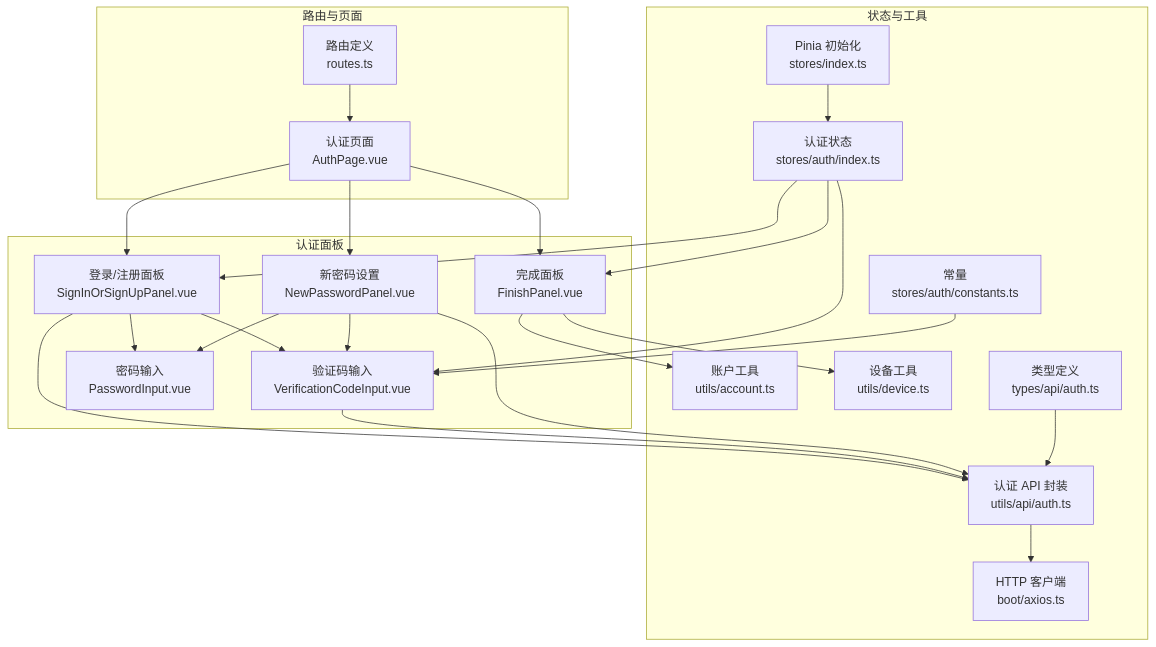
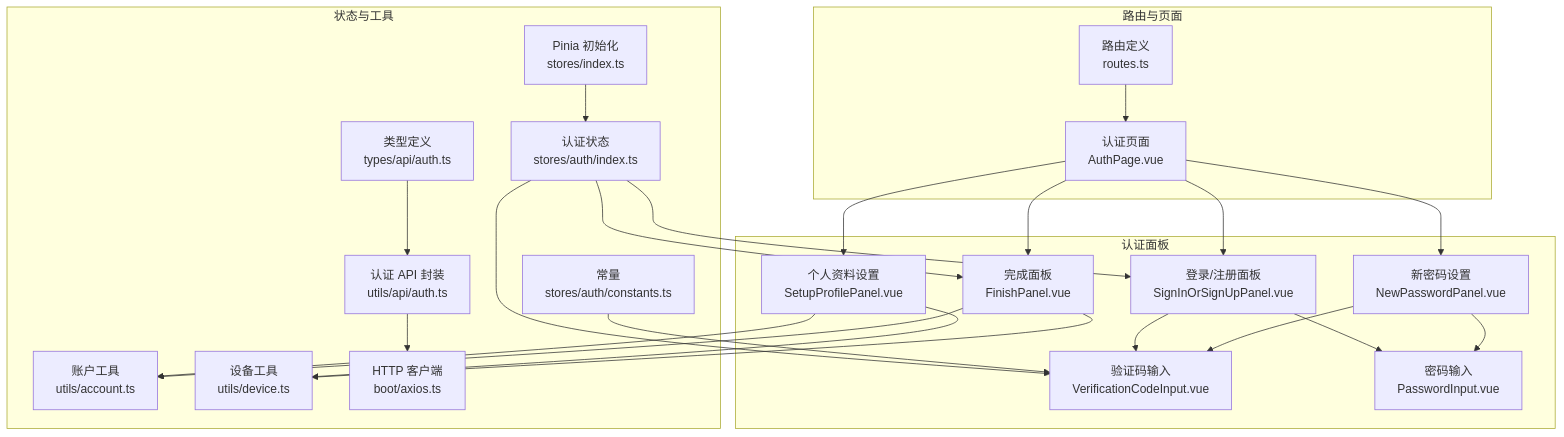
One commit to le-bot-team/le-bot-frontend changed the first of 10 diagrams in .qoder/repowiki/zh/content/核心功能模块/用户认证系统.md. Above: the diagram before and after it, drawn with Mermaid. The commit also changed other lines of this file and 217 other files, not shown here.

````diff
--- a/.qoder/repowiki/zh/content/核心功能模块/用户认证系统.md
+++ b/.qoder/repowiki/zh/content/核心功能模块/用户认证系统.md
@@ -40,44 +51,45 @@
 ```mermaid
 graph TB
 subgraph "路由与页面"
 Routes["路由定义<br/>routes.ts"]
 AuthPage["认证页面<br/>AuthPage.vue"]
 end
 subgraph "认证面板"
 SignIn["登录/注册面板<br/>SignInOrSignUpPanel.vue"]
 Verify["验证码输入<br/>VerificationCodeInput.vue"]
 Pwd["密码输入<br/>PasswordInput.vue"]
 NewPwd["新密码设置<br/>NewPasswordPanel.vue"]
+SetupProfile["个人资料设置<br/>SetupProfilePanel.vue"]
 Finish["完成面板<br/>FinishPanel.vue"]
 end
 subgraph "状态与工具"
 AuthStore["认证状态<br/>stores/auth/index.ts"]
 Consts["常量<br/>stores/auth/constants.ts"]
 Account["账户工具<br/>utils/account.ts"]
 Device["设备工具<br/>utils/device.ts"]
 Axios["HTTP 客户端<br/>boot/axios.ts"]
 Types["类型定义<br/>types/api/auth.ts"]
 Api["认证 API 封装<br/>utils/api/auth.ts"]
 Pinia["Pinia 初始化<br/>stores/index.ts"]
 end
 Routes --> AuthPage
 AuthPage --> SignIn
 AuthPage --> NewPwd
+AuthPage --> SetupProfile
 AuthPage --> Finish
 SignIn --> Verify
 SignIn --> Pwd
 NewPwd --> Verify
 NewPwd --> Pwd
-SignIn --> Api
-Verify --> Api
-NewPwd --> Api
+SetupProfile --> Account
+SetupProfile --> Device
 Finish --> Account
 Finish --> Device
 Api --> Axios
 AuthStore --> SignIn
 AuthStore --> Verify
 AuthStore --> Finish
 Consts --> Verify
 Types --> Api
 Pinia --> AuthStore
 ```
````
